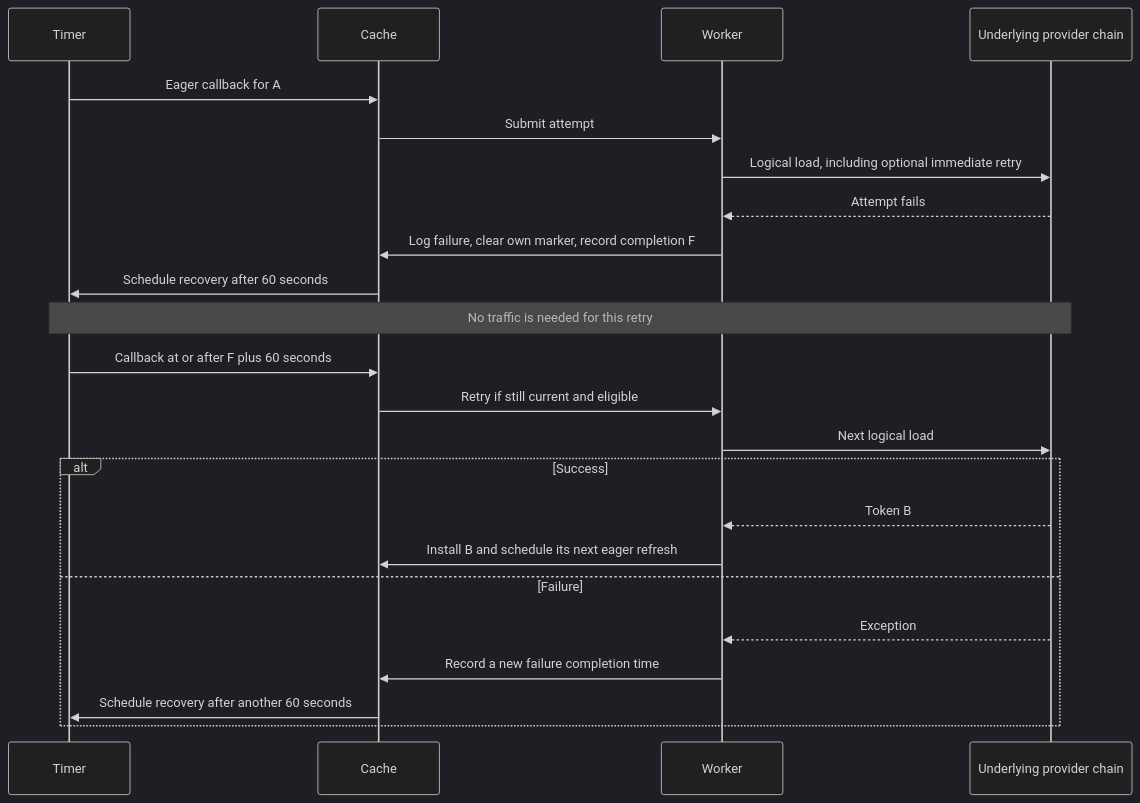
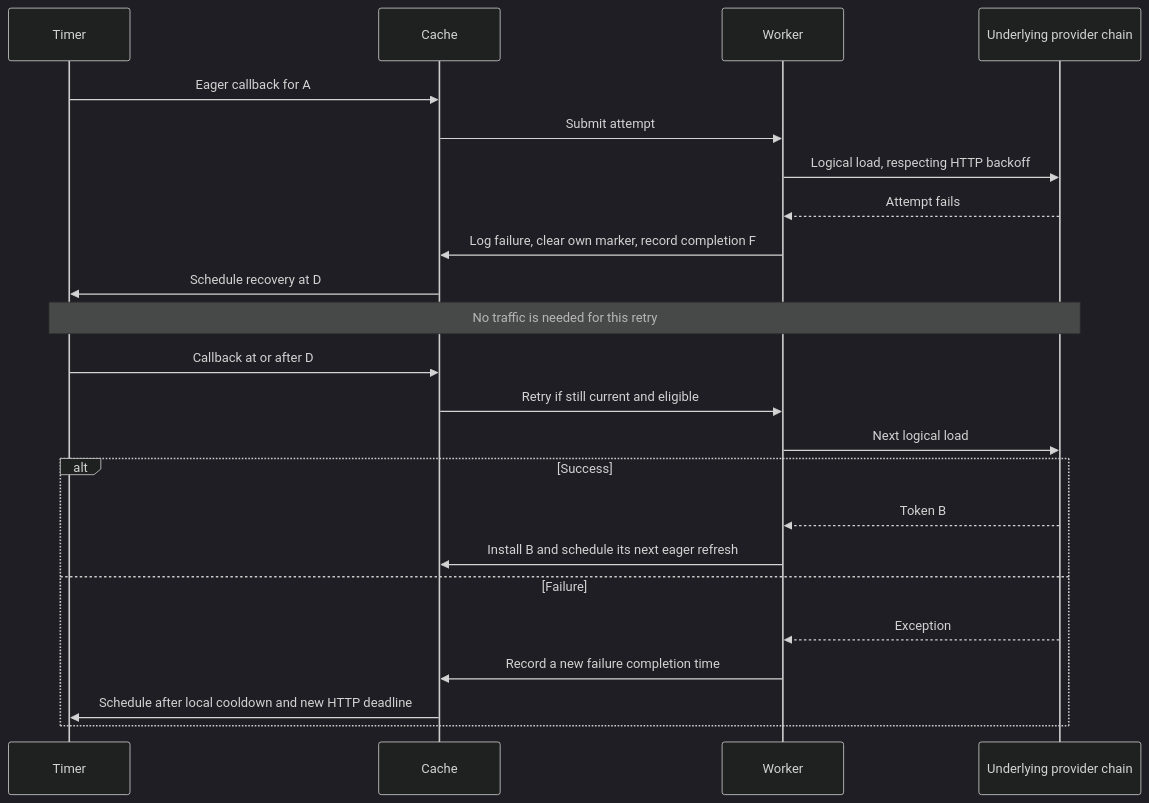
Before and after one commit to entur/jwt-resource-server: the fifth of 11 diagrams in jwt-client/docs/eager-preemptive-refresh/README.md, drawn with Mermaid (dark theme). The commit also changed other lines of this file and 39 other files, not shown here.

First line of the commit message:
feat!: honor Retry-After and back off failed token requests

````diff
--- a/jwt-client/docs/eager-preemptive-refresh/README.md
+++ b/jwt-client/docs/eager-preemptive-refresh/README.md
@@ -135,25 +135,25 @@
 ```mermaid
 sequenceDiagram
     participant Timer
     participant Cache
     participant Worker
     participant Provider as Underlying provider chain
     Timer->>Cache: Eager callback for A
     Cache->>Worker: Submit attempt
-    Worker->>Provider: Logical load, including optional immediate retry
+    Worker->>Provider: Logical load, respecting HTTP backoff
     Provider-->>Worker: Attempt fails
     Worker->>Cache: Log failure, clear own marker, record completion F
-    Cache->>Timer: Schedule recovery after 60 seconds
+    Cache->>Timer: Schedule recovery at D
     Note over Timer,Provider: No traffic is needed for this retry
-    Timer->>Cache: Callback at or after F plus 60 seconds
+    Timer->>Cache: Callback at or after D
     Cache->>Worker: Retry if still current and eligible
     Worker->>Provider: Next logical load
     alt Success
         Provider-->>Worker: Token B
         Worker->>Cache: Install B and schedule its next eager refresh
     else Failure
         Provider-->>Worker: Exception
         Worker->>Cache: Record a new failure completion time
-        Cache->>Timer: Schedule recovery after another 60 seconds
+        Cache->>Timer: Schedule after local cooldown and new HTTP deadline
     end
 ```
````
